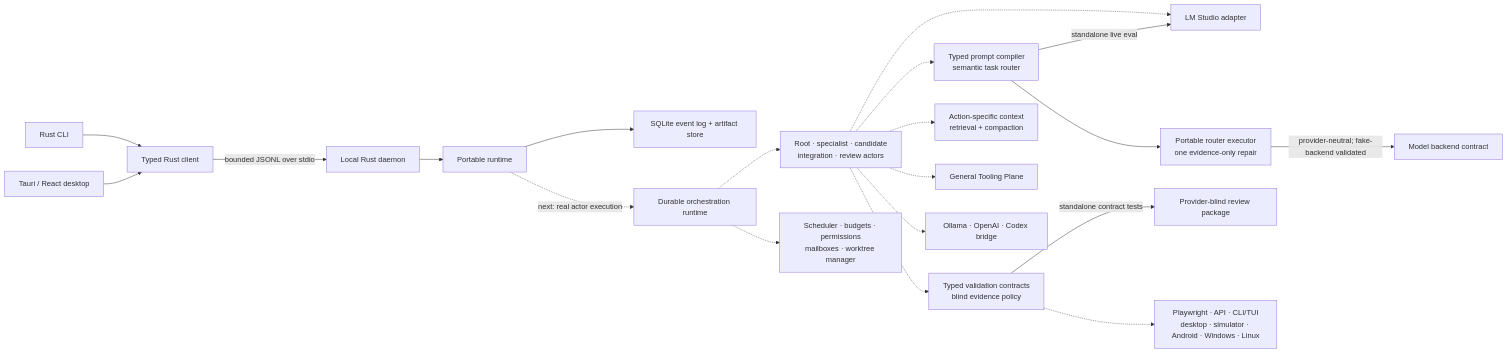
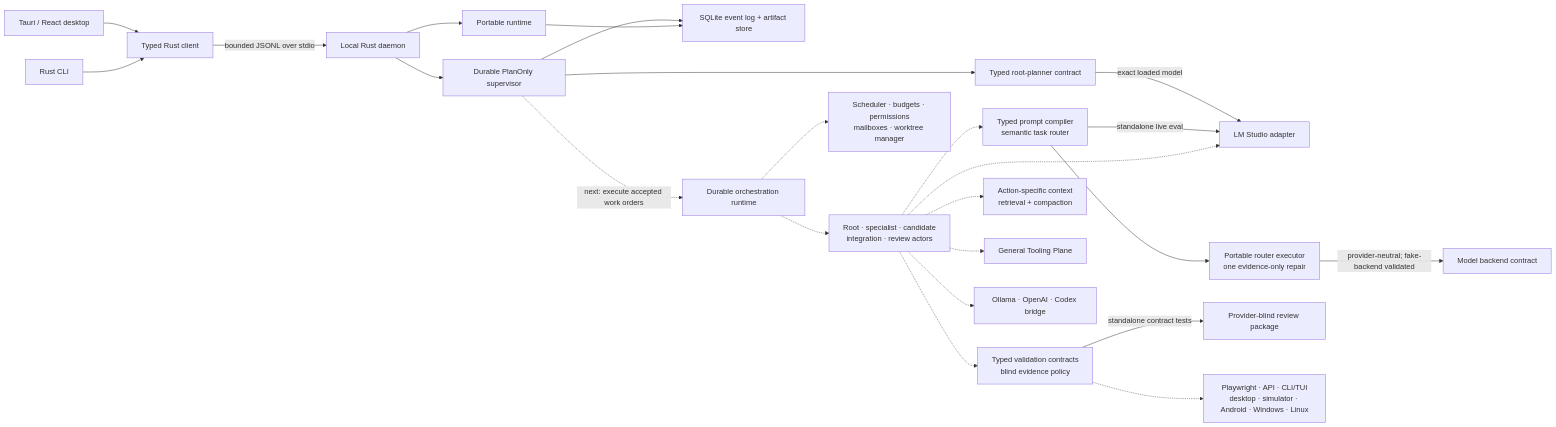
One commit to Jawbreaker1/BirdCode changed the diagram in README.md. Above: the diagram before and after it, drawn with Mermaid. The commit also changed other lines of this file and 11 other files, not shown here.

Commit message:
Document root planner evidence

````diff
--- a/README.md
+++ b/README.md
@@ -217,24 +243,28 @@
 ```mermaid
 flowchart LR
     Desktop["Tauri / React desktop"] --> Client["Typed Rust client"]
     CLI["Rust CLI"] --> Client
     Client -->|"bounded JSONL over stdio"| Daemon["Local Rust daemon"]
+    Daemon --> Supervisor["Durable PlanOnly supervisor"]
+    Supervisor --> RootPrompt["Typed root-planner contract"]
+    RootPrompt -->|"exact loaded model"| LMStudio["LM Studio adapter"]
+    Supervisor --> Store["SQLite event log + artifact store"]
     Daemon --> Runtime["Portable runtime"]
-    Runtime --> Store["SQLite event log + artifact store"]
+    Runtime --> Store
 
-    Prompting["Typed prompt compiler<br/>semantic task router"] -->|"standalone live eval"| LMStudio["LM Studio adapter"]
+    Prompting["Typed prompt compiler<br/>semantic task router"] -->|"standalone live eval"| LMStudio
     Prompting --> RouterExecutor["Portable router executor<br/>one evidence-only repair"]
     RouterExecutor -->|"provider-neutral; fake-backend validated"| ModelBackend["Model backend contract"]
     Validation["Typed validation contracts<br/>blind evidence policy"] -->|"standalone contract tests"| Blind["Provider-blind review package"]
 
-    Runtime -.->|"next: real actor execution"| Orchestrator["Durable orchestration runtime"]
+    Supervisor -.->|"next: execute accepted work orders"| Orchestrator["Durable orchestration runtime"]
     Orchestrator -.-> Actors["Root · specialist · candidate<br/>integration · review actors"]
     Orchestrator -.-> Coordination["Scheduler · budgets · permissions<br/>mailboxes · worktree manager"]
     Actors -.-> Prompting
     Actors -.-> LMStudio
     Actors -.-> Context["Action-specific context<br/>retrieval + compaction"]
     Actors -.-> Tools["General Tooling Plane"]
     Actors -.-> Validation
     Validation -.-> Adapters["Playwright · API · CLI/TUI<br/>desktop · simulator · Android · Windows · Linux"]
     Actors -.-> Providers["Ollama · OpenAI · Codex bridge"]
 ```
````
